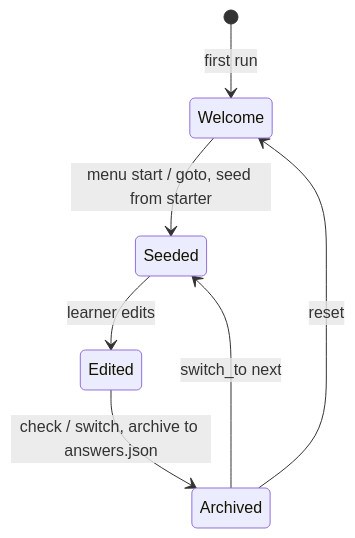
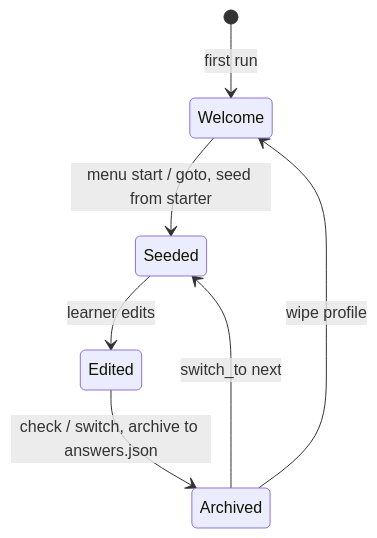
One commit to N041M/PyQuest changed the eighth of 10 diagrams in docs/architecture/engine-core.md. Above: the diagram before and after it, drawn with Mermaid. The commit also changed other lines of this file and 15 other files, not shown here.

Commit message:
Rename revert->restart and reset->wipe profile (gated, distinct)

````diff
--- a/docs/architecture/engine-core.md
+++ b/docs/architecture/engine-core.md
@@ -189,9 +189,9 @@
 ```mermaid
 stateDiagram-v2
     [*] --> Welcome : first run
     Welcome --> Seeded : menu start / goto, seed from starter
     Seeded --> Edited : learner edits
     Edited --> Archived : check / switch, archive to answers.json
     Archived --> Seeded : switch_to next
-    Archived --> Welcome : reset
+    Archived --> Welcome : wipe profile
 ```
````
